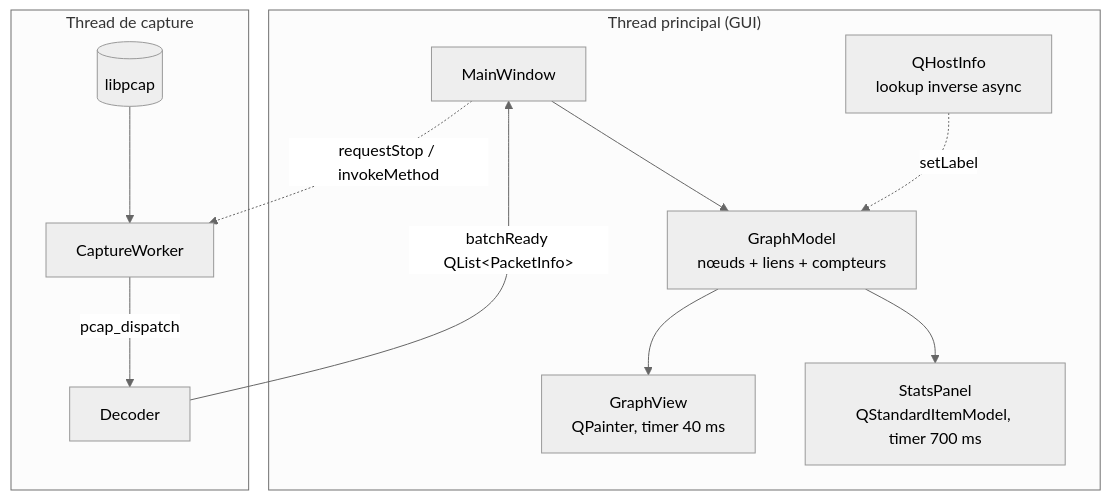
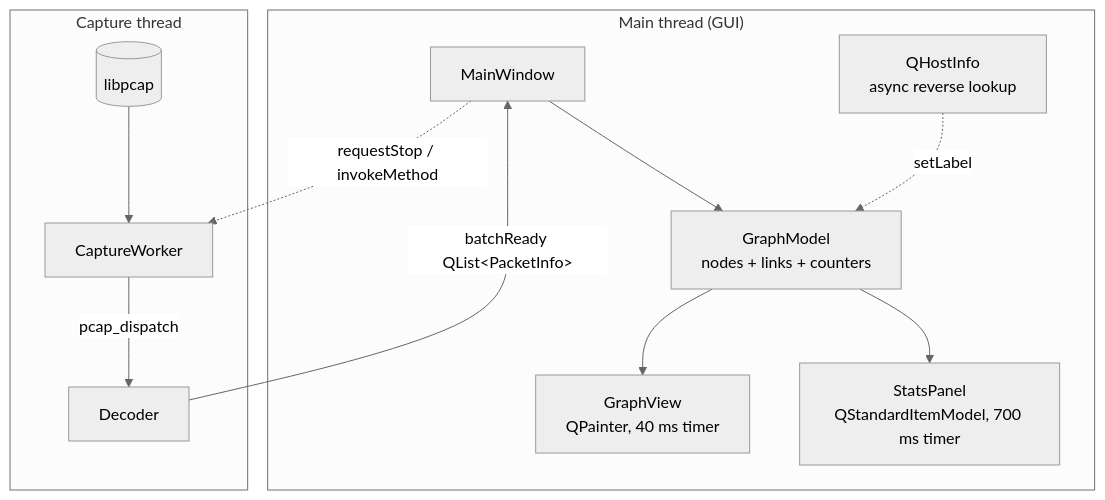
The first of 3 diagrams in docs/ARCHITECTURE.md (zx97/etherape2026), drawn with Mermaid (neutral theme) before and after one commit. The commit also changed other lines of this file and 14 other files, not shown here.

````diff
--- a/docs/ARCHITECTURE.md
+++ b/docs/ARCHITECTURE.md
@@ -5,25 +5,25 @@
 ```mermaid
 flowchart TB
-    subgraph GUI["Thread principal (GUI)"]
+    subgraph GUI["Main thread (GUI)"]
         MW[MainWindow]
-        GV[GraphView<br/>QPainter, timer 40 ms]
-        SP[StatsPanel<br/>QStandardItemModel, timer 700 ms]
-        GM[GraphModel<br/>nœuds + liens + compteurs]
-        HI[QHostInfo<br/>lookup inverse async]
+        GV[GraphView<br/>QPainter, 40 ms timer]
+        SP[StatsPanel<br/>QStandardItemModel, 700 ms timer]
+        GM[GraphModel<br/>nodes + links + counters]
+        HI[QHostInfo<br/>async reverse lookup]
     end
 
-    subgraph CAP["Thread de capture"]
+    subgraph CAP["Capture thread"]
         CW[CaptureWorker]
         DEC[Decoder]
         PC[(libpcap)]
     end
 
     CW -->|pcap_dispatch| DEC
     PC --> CW
     DEC -->|batchReady QList&lt;PacketInfo&gt;| MW
     MW --> GM
     GM --> GV
     GM --> SP
     HI -.setLabel.-> GM
     MW -.requestStop / invokeMethod.-> CW
 ```
````
